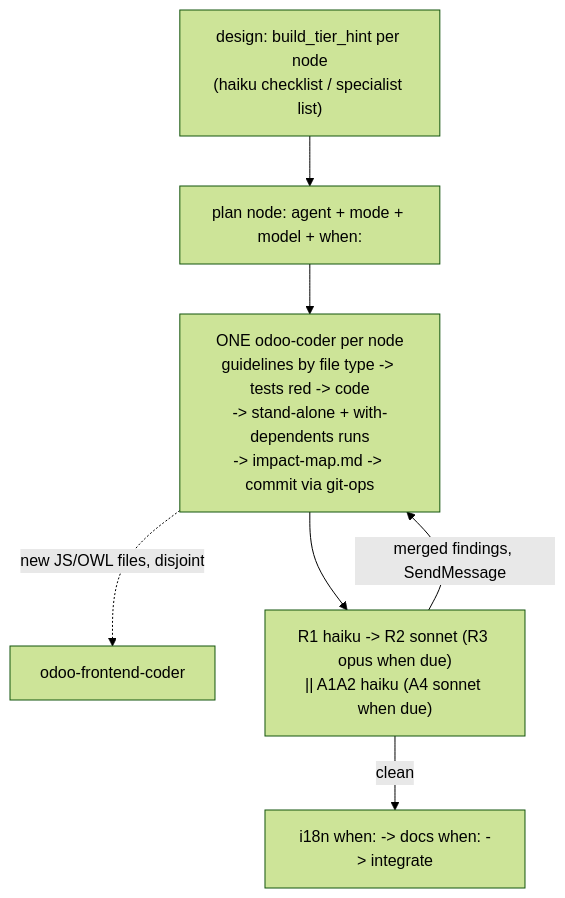
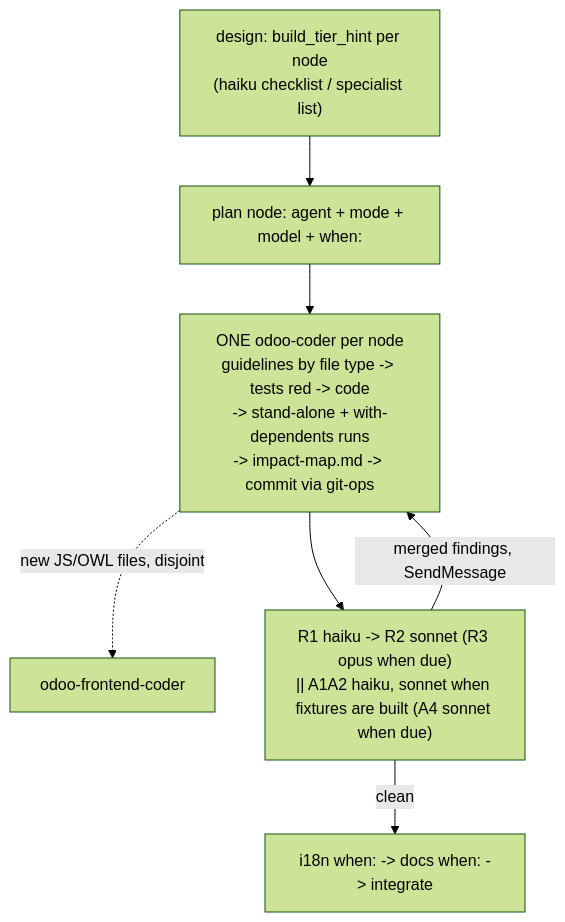
One commit to Viindoo/odoo-mcp-client changed the second of 9 diagrams in plugins/odoo-ai-agents/README.md. Above: the diagram before and after it, drawn with Mermaid (forest theme). The commit also changed other lines of this file and 5 other files, not shown here.

````diff
--- a/plugins/odoo-ai-agents/README.md
+++ b/plugins/odoo-ai-agents/README.md
@@ -280,10 +280,10 @@
 ```mermaid
 flowchart TD
     DES["design: build_tier_hint per node<br/>(haiku checklist / specialist list)"]
     DES --> PLAN["plan node: agent + mode + model + when:"]
     PLAN --> NODE["ONE odoo-coder per node<br/>guidelines by file type -> tests red -> code<br/>-> stand-alone + with-dependents runs<br/>-> impact-map.md -> commit via git-ops"]
     NODE -.->|"new JS/OWL files, disjoint"| FE["odoo-frontend-coder"]
-    NODE --> REV["R1 haiku -> R2 sonnet (R3 opus when due)<br/>|| A1A2 haiku (A4 sonnet when due)"]
+    NODE --> REV["R1 haiku -> R2 sonnet (R3 opus when due)<br/>|| A1A2 haiku, sonnet when fixtures are built (A4 sonnet when due)"]
     REV -->|"merged findings, SendMessage"| NODE
     REV -->|"clean"| TAIL["i18n when: -> docs when: -> integrate"]
 ```
````
